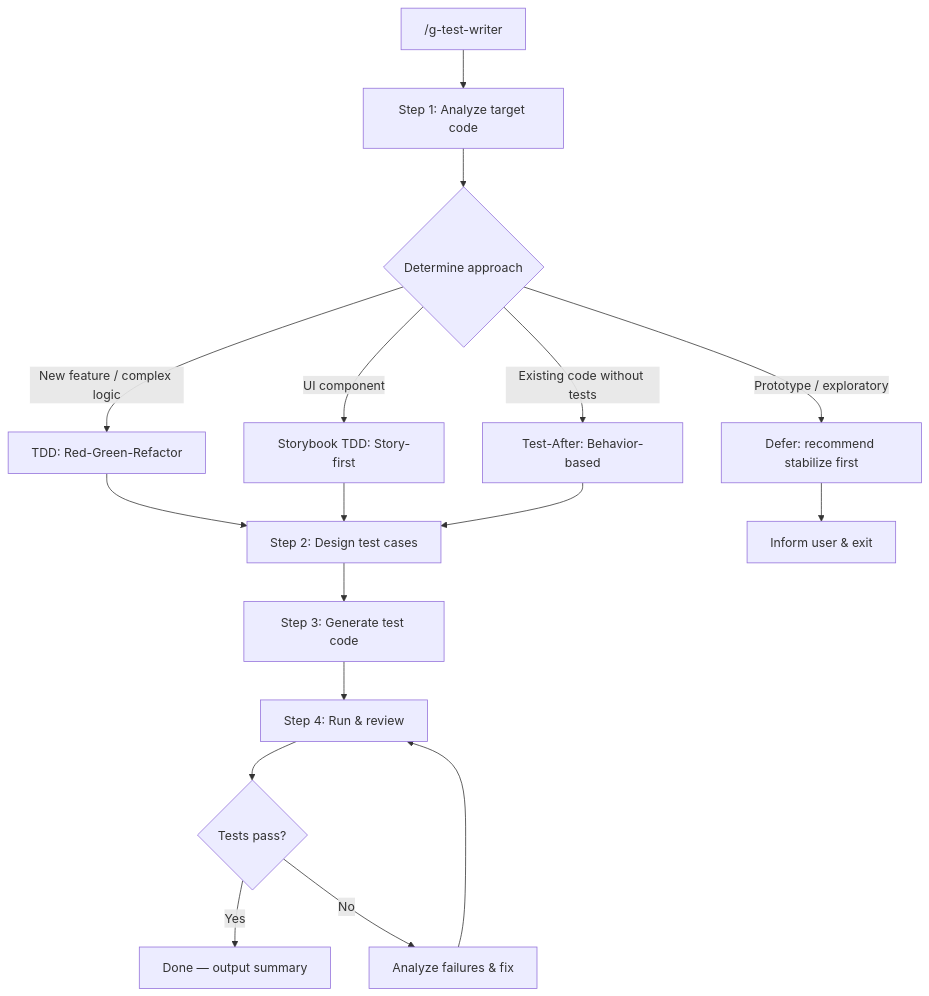
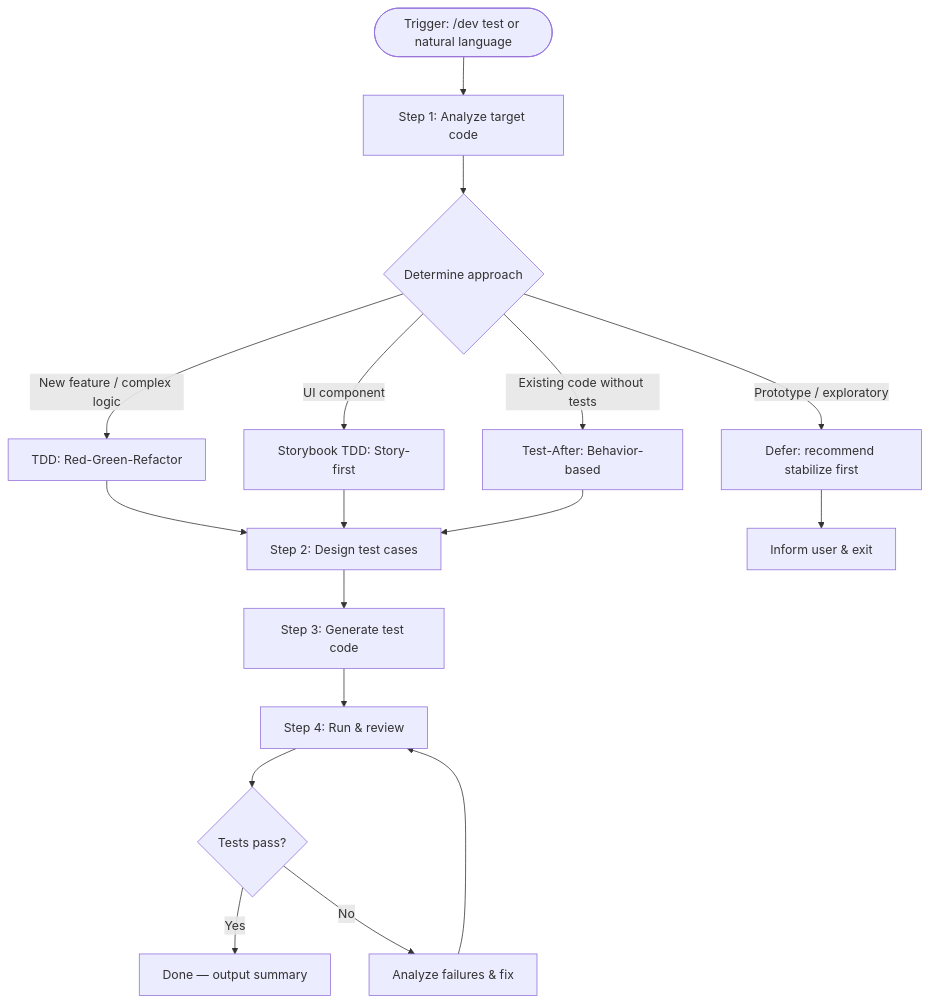
One commit to gloriaJun/grimoire changed the diagram in skills/dev/tools/test/SKILL.md. Above: the diagram before and after it, drawn with Mermaid. The commit also changed other lines of this file and 11 other files, not shown here.

First line of the commit message:
docs(dev): finish english-only and dev-test naming carry-over

````diff
--- a/skills/dev/tools/test/SKILL.md
+++ b/skills/dev/tools/test/SKILL.md
@@ -18,22 +18,22 @@
 ```mermaid
 flowchart TD
-    A["/g-test-writer"] --> B["Step 1: Analyze target code"]
+    A(["Trigger: /dev test or natural language"]) --> B["Step 1: Analyze target code"]
     B --> C{"Determine approach"}
     C -- "New feature / complex logic" --> D["TDD: Red-Green-Refactor"]
     C -- "UI component" --> E["Storybook TDD: Story-first"]
     C -- "Existing code without tests" --> F["Test-After: Behavior-based"]
     C -- "Prototype / exploratory" --> G["Defer: recommend stabilize first"]
 
     D --> H["Step 2: Design test cases"]
     E --> H
     F --> H
 
     H --> I["Step 3: Generate test code"]
     I --> J["Step 4: Run & review"]
     J --> K{Tests pass?}
     K -- Yes --> L["Done — output summary"]
     K -- No --> M["Analyze failures & fix"]
     M --> J
 
     G --> N["Inform user & exit"]
 ```
````
